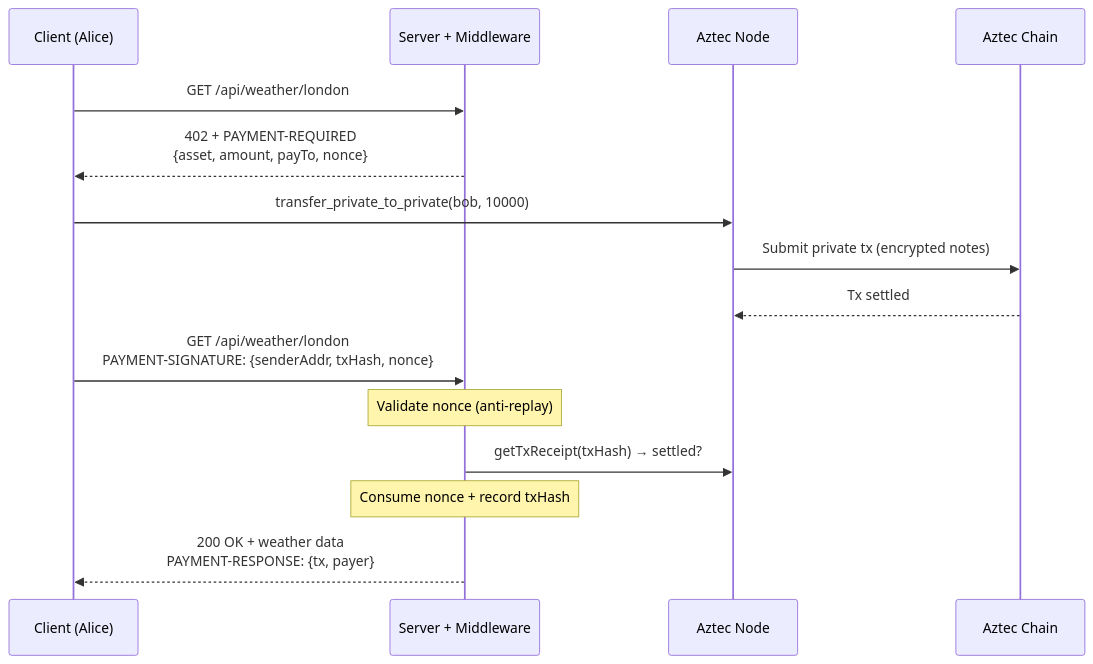
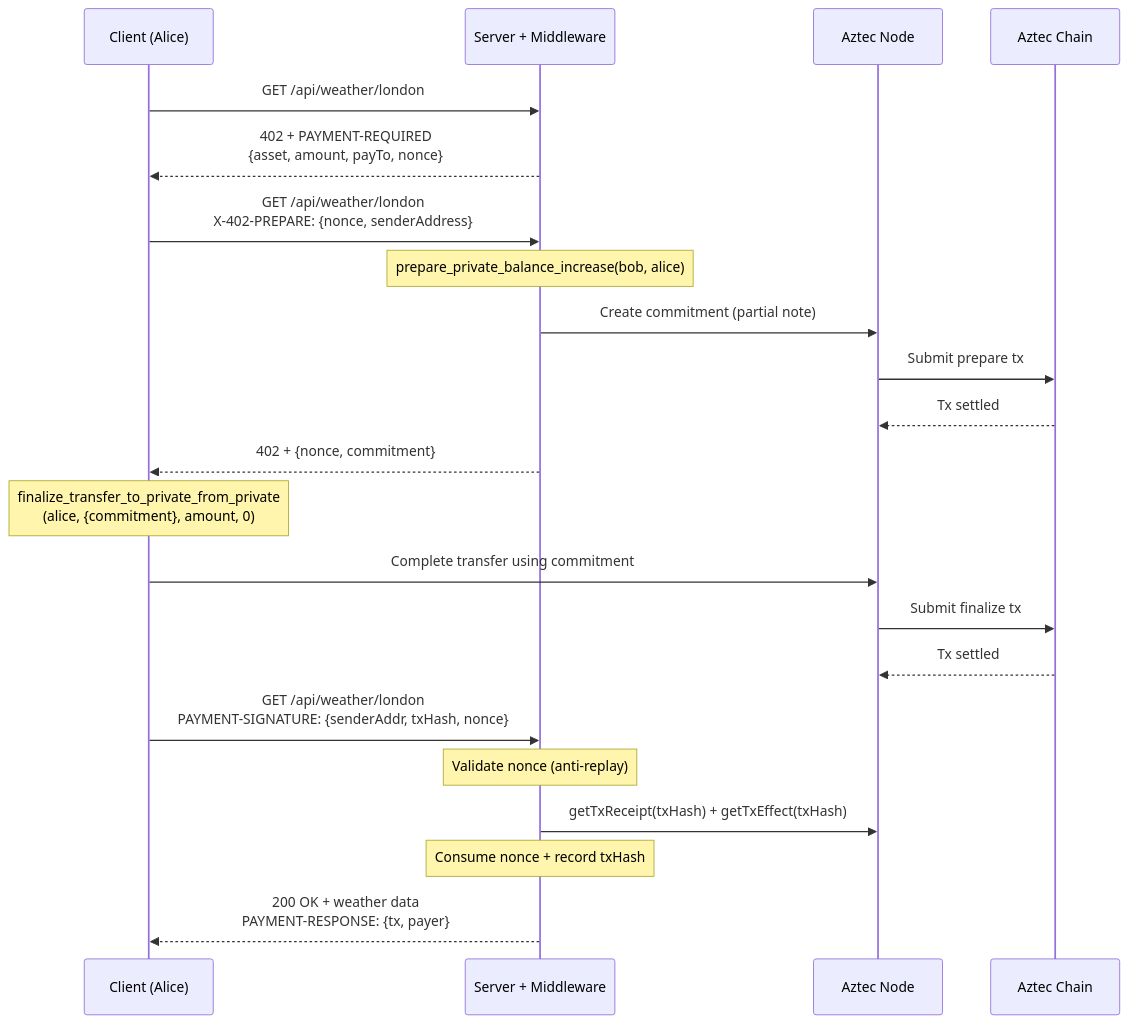
One commit to Galactica-corp/aztec-x402 changed the first of 2 diagrams in readme.md. Above: the diagram before and after it, drawn with Mermaid. The commit also changed other lines of this file and 29 other files, not shown here.

````diff
--- a/readme.md
+++ b/readme.md
@@ -9,22 +11,31 @@
 ```mermaid
 sequenceDiagram
     participant Client as Client (Alice)
     participant Server as Server + Middleware
     participant Node as Aztec Node
     participant Chain as Aztec Chain
 
     Client->>Server: GET /api/weather/london
     Server-->>Client: 402 + PAYMENT-REQUIRED<br/>{asset, amount, payTo, nonce}
 
-    Client->>Node: transfer_private_to_private(bob, 10000)
-    Node->>Chain: Submit private tx (encrypted notes)
+    Client->>Server: GET /api/weather/london<br/>X-402-PREPARE: {nonce, senderAddress}
+
+    Note over Server: prepare_private_balance_increase(bob, alice)
+    Server->>Node: Create commitment (partial note)
+    Node->>Chain: Submit prepare tx
+    Chain-->>Node: Tx settled
+    Server-->>Client: 402 + {nonce, commitment}
+
+    Note over Client: finalize_transfer_to_private_from_private<br/>(alice, {commitment}, amount, 0)
+    Client->>Node: Complete transfer using commitment
+    Node->>Chain: Submit finalize tx
     Chain-->>Node: Tx settled
 
     Client->>Server: GET /api/weather/london<br/>PAYMENT-SIGNATURE: {senderAddr, txHash, nonce}
 
     Note over Server: Validate nonce (anti-replay)
-    Server->>Node: getTxReceipt(txHash) → settled?
+    Server->>Node: getTxReceipt(txHash) + getTxEffect(txHash)
 
     Note over Server: Consume nonce + record txHash
     Server-->>Client: 200 OK + weather data<br/>PAYMENT-RESPONSE: {tx, payer}
 ```
````
